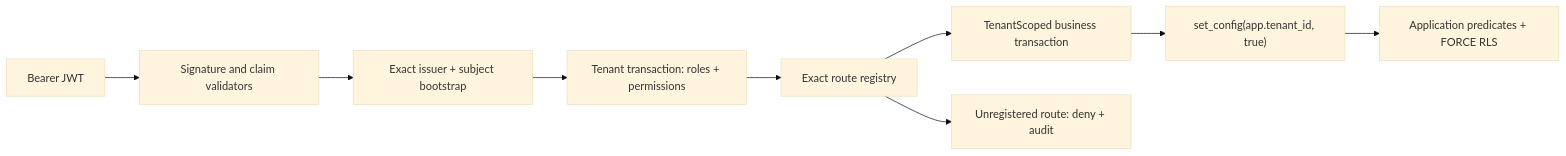
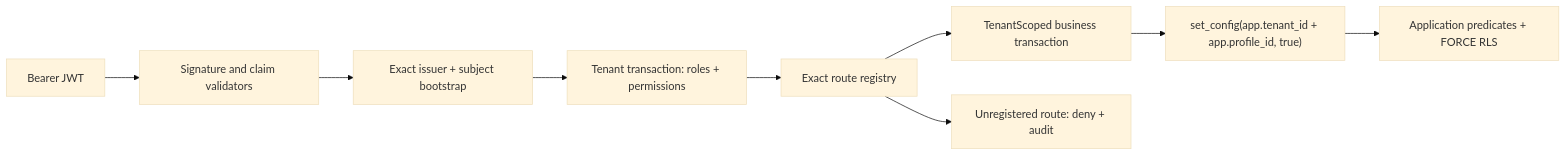
One commit to JasonTM17/AgriInsight changed the second of 2 diagrams in docs/system-architecture.md. Above: the diagram before and after it, drawn with Mermaid (base theme). The commit also changed other lines of this file and 17 other files, not shown here.

Commit message:
docs(backend): accept inventory phase and sync architecture

````diff
--- a/docs/system-architecture.md
+++ b/docs/system-architecture.md
@@ -48,11 +48,11 @@
 ```mermaid
 flowchart LR
     T["Bearer JWT"] --> V["Signature and claim validators"]
     V --> I["Exact issuer + subject bootstrap"]
     I --> E["Tenant transaction: roles + permissions"]
     E --> R["Exact route registry"]
     R --> B["TenantScoped business transaction"]
-    B --> C["set_config(app.tenant_id, true)"]
+    B --> C["set_config(app.tenant_id + app.profile_id, true)"]
     C --> P["Application predicates + FORCE RLS"]
     R --> D["Unregistered route: deny + audit"]
 ```
````
